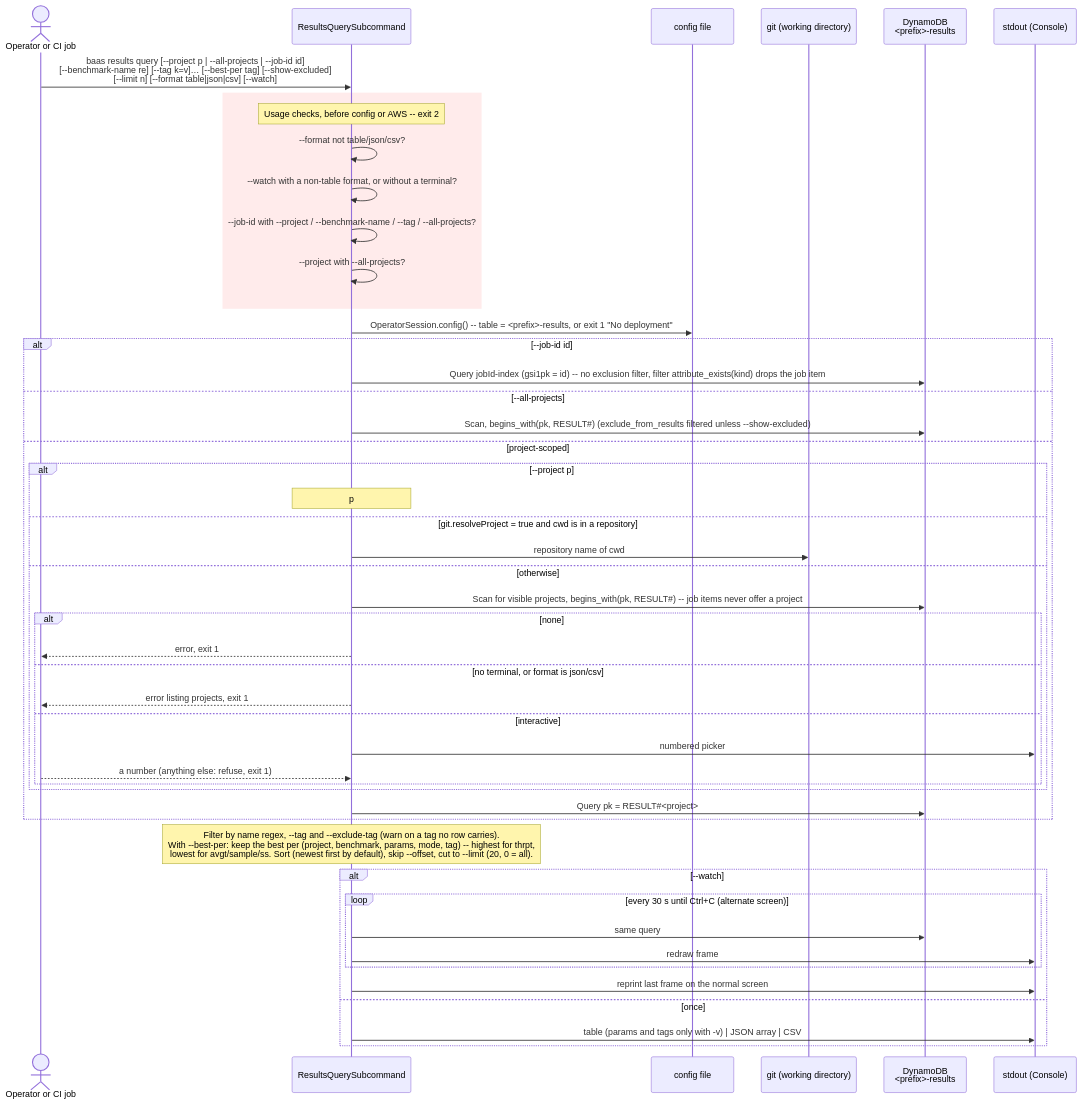
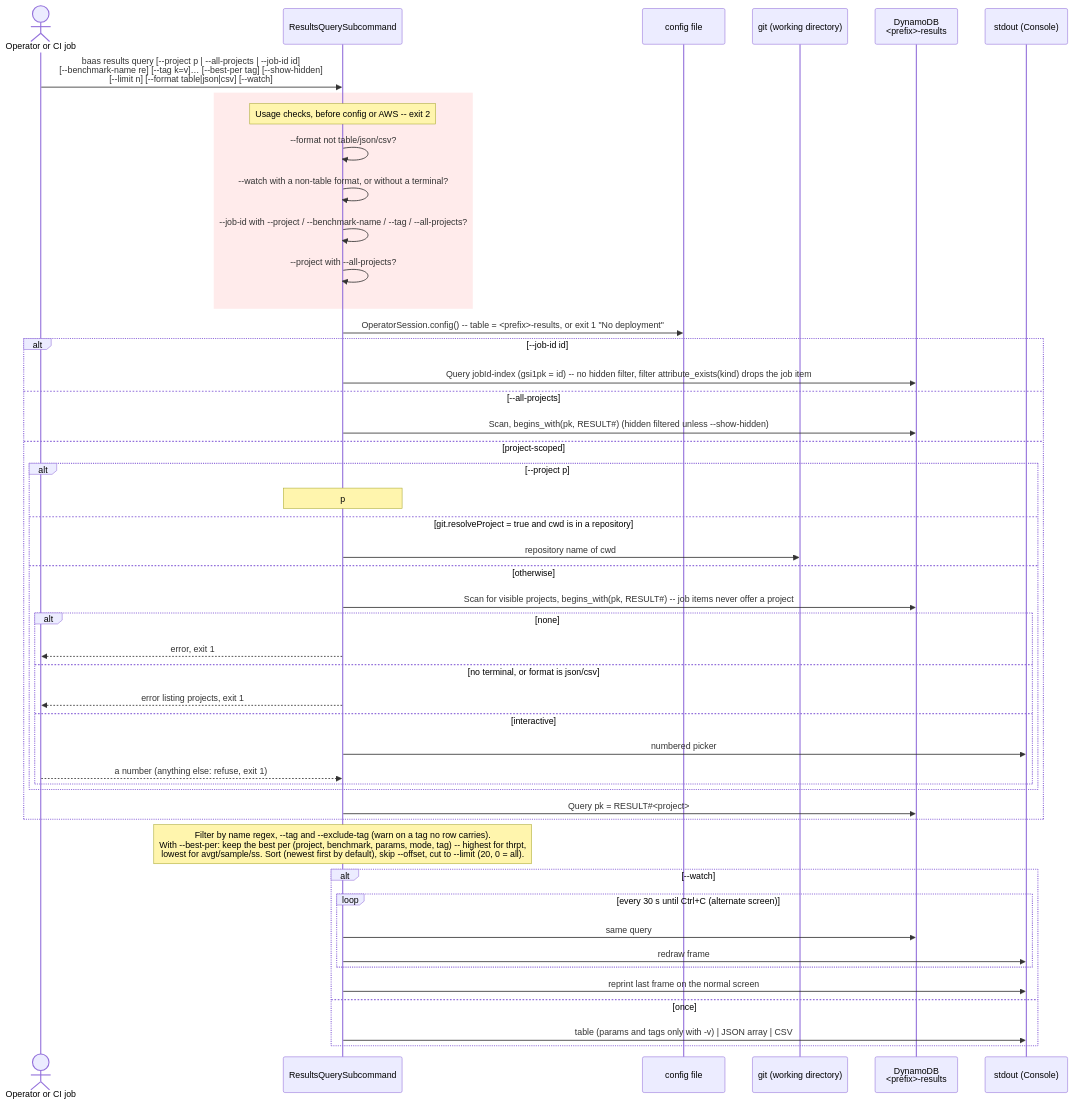
Before and after one commit to wsztajerowski/benchmark-as-a-service: the diagram in docs/diagrams/baas-results.mmd, drawn with Mermaid. The commit also changed 34 other files, not shown here.

First line of the commit message:
feat(cli): make jobs show readable and record environment schema 7

```diff
--- a/docs/diagrams/baas-results.mmd
+++ b/docs/diagrams/baas-results.mmd
@@ -1,53 +1,53 @@
 sequenceDiagram
     actor User as Operator or CI job
     participant RC as ResultsQuerySubcommand
     participant CFG as config file
     participant Git as git (working directory)
     participant DDB as DynamoDB<br/><prefix>-results
     participant Out as stdout (Console)
 
-    User->>RC: baas results query [--project p | --all-projects | --job-id id]<br/>[--benchmark-name re] [--tag k=v]… [--best-per tag] [--show-excluded]<br/>[--limit n] [--format table|json|csv] [--watch]
+    User->>RC: baas results query [--project p | --all-projects | --job-id id]<br/>[--benchmark-name re] [--tag k=v]… [--best-per tag] [--show-hidden]<br/>[--limit n] [--format table|json|csv] [--watch]
 
     rect rgb(255, 235, 235)
         Note over RC: Usage checks, before config or AWS -- exit 2
         RC->>RC: --format not table/json/csv?
         RC->>RC: --watch with a non-table format, or without a terminal?
         RC->>RC: --job-id with --project / --benchmark-name / --tag / --all-projects?
         RC->>RC: --project with --all-projects?
     end
 
     RC->>CFG: OperatorSession.config() -- table = <prefix>-results, or exit 1 "No deployment"
 
     alt --job-id id
-        RC->>DDB: Query jobId-index (gsi1pk = id) -- no exclusion filter, filter attribute_exists(kind) drops the job item
+        RC->>DDB: Query jobId-index (gsi1pk = id) -- no hidden filter, filter attribute_exists(kind) drops the job item
     else --all-projects
-        RC->>DDB: Scan, begins_with(pk, RESULT#35;) (exclude_from_results filtered unless --show-excluded)
+        RC->>DDB: Scan, begins_with(pk, RESULT#35;) (hidden filtered unless --show-hidden)
     else project-scoped
         alt --project p
             Note over RC: p
         else git.resolveProject = true and cwd is in a repository
             RC->>Git: repository name of cwd
         else otherwise
             RC->>DDB: Scan for visible projects, begins_with(pk, RESULT#35;) -- job items never offer a project
             alt none
                 RC-->>User: error, exit 1
             else no terminal, or format is json/csv
                 RC-->>User: error listing projects, exit 1
             else interactive
                 RC->>Out: numbered picker
                 User-->>RC: a number (anything else: refuse, exit 1)
             end
         end
         RC->>DDB: Query pk = RESULT#35;<project>
     end
 
     Note over RC: Filter by name regex, --tag and --exclude-tag (warn on a tag no row carries).<br/>With --best-per: keep the best per (project, benchmark, params, mode, tag) -- highest for thrpt,<br/>lowest for avgt/sample/ss. Sort (newest first by default), skip --offset, cut to --limit (20, 0 = all).
     alt --watch
         loop every 30 s until Ctrl+C (alternate screen)
             RC->>DDB: same query
             RC->>Out: redraw frame
         end
         RC->>Out: reprint last frame on the normal screen
     else once
         RC->>Out: table (params and tags only with -v) | JSON array | CSV
     end
```
